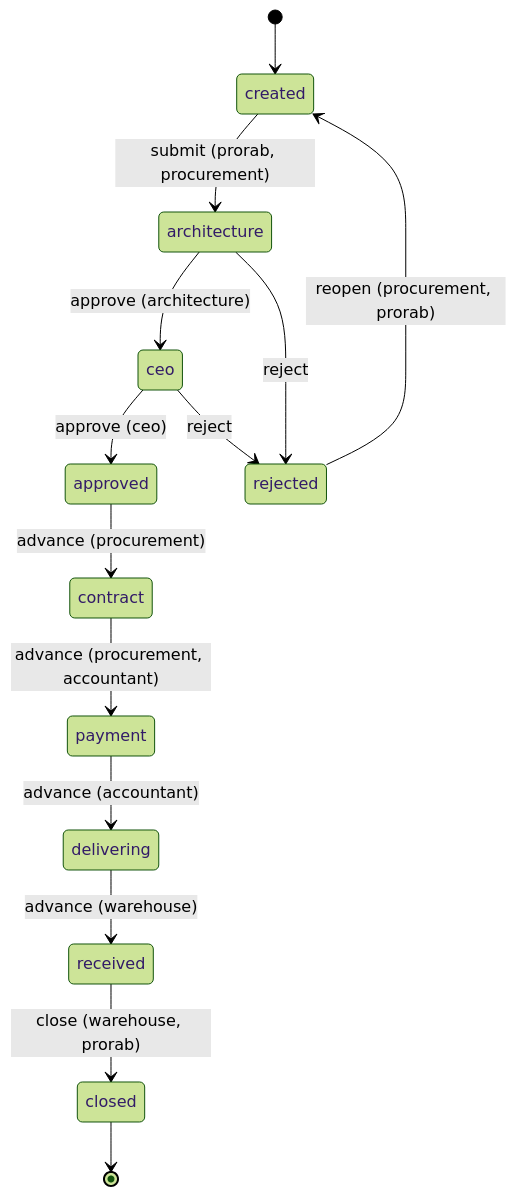
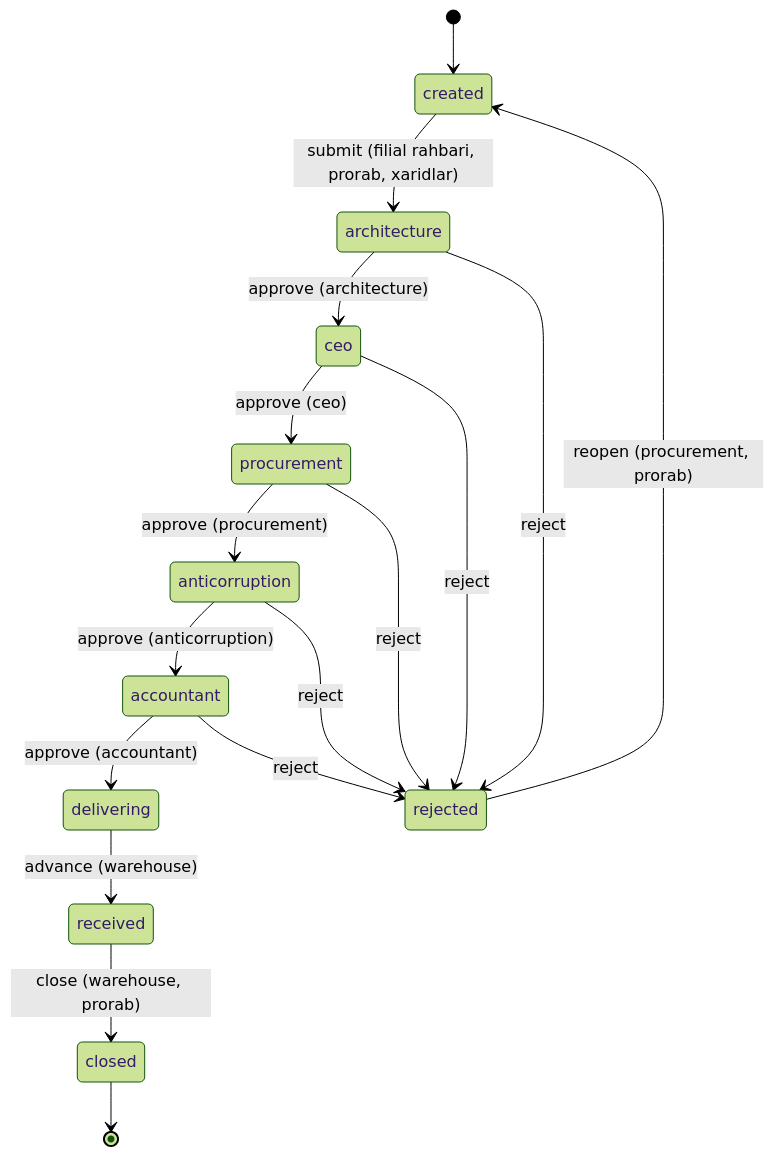
One commit to muslimbek77/e-ombor changed the second of 2 diagrams in README.md. Above: the diagram before and after it, drawn with Mermaid (forest theme). The commit also changed other lines of this file and 15 other files, not shown here.

````diff
--- a/README.md
+++ b/README.md
@@ -93,16 +99,19 @@
 ```mermaid
 stateDiagram-v2
     [*] --> created
-    created --> architecture: submit (prorab, procurement)
+    created --> architecture: submit (filial rahbari, prorab, xaridlar)
     architecture --> ceo: approve (architecture)
     architecture --> rejected: reject
-    ceo --> approved: approve (ceo)
+    ceo --> procurement: approve (ceo)
     ceo --> rejected: reject
-    approved --> contract: advance (procurement)
-    contract --> payment: advance (procurement, accountant)
-    payment --> delivering: advance (accountant)
+    procurement --> anticorruption: approve (procurement)
+    procurement --> rejected: reject
+    anticorruption --> accountant: approve (anticorruption)
+    anticorruption --> rejected: reject
+    accountant --> delivering: approve (accountant)
+    accountant --> rejected: reject
     delivering --> received: advance (warehouse)
     received --> closed: close (warehouse, prorab)
     rejected --> created: reopen (procurement, prorab)
     closed --> [*]
 ```
````
